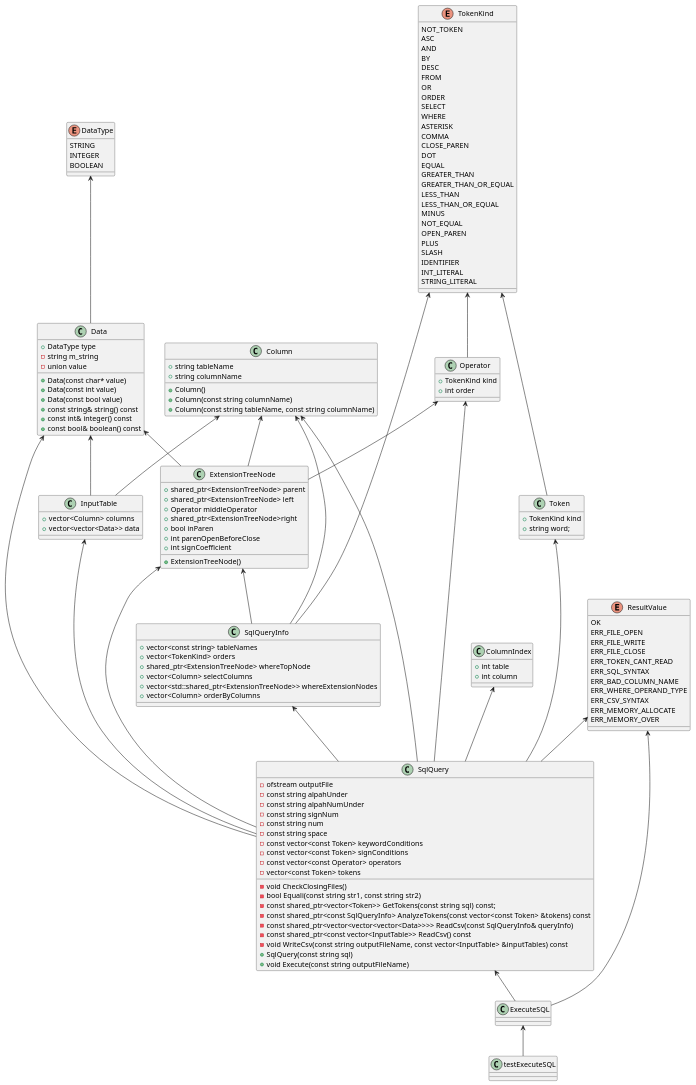
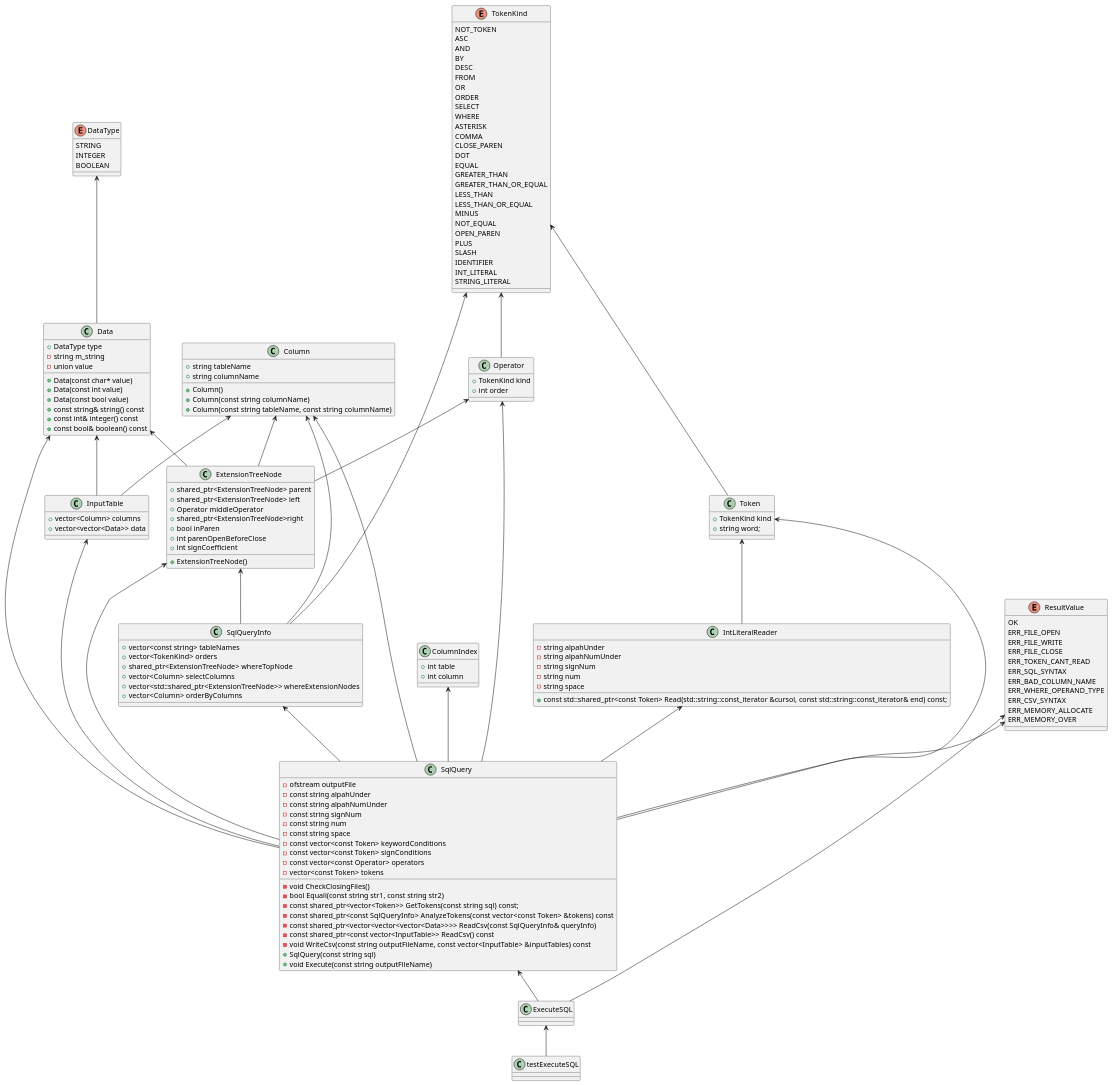
One commit to yotten/TinySQL changed the diagram in ExecuteSQL.pu. Above: the diagram before and after it, drawn with PlantUML. The commit also changed 2 other files, not shown here.

Commit message:
143.IntLiteralReaderクラスの追加
[----------] Global test environment tear-down
[==========] 213 tests from 1 test case ran. (5930 ms total)
[  PASSED  ] 213 tests.

```diff
--- a/ExecuteSQL.pu
+++ b/ExecuteSQL.pu
@@ -1,157 +1,170 @@
 @startuml
 
 class testExecuteSQL {}
 class SqlQueryInfo {
 	+vector<const string> tableNames
 	+vector<TokenKind> orders
 	+shared_ptr<ExtensionTreeNode> whereTopNode
 	+vector<Column> selectColumns
 	+vector<std::shared_ptr<ExtensionTreeNode>> whereExtensionNodes
 	+vector<Column> orderByColumns
 }
 class SqlQuery {
 	-ofstream outputFile
 	-const string alpahUnder
 	-const string alpahNumUnder
 	-const string signNum
 	-const string num
 	-const string space
 	-const vector<const Token> keywordConditions
 	-const vector<const Token> signConditions
 	-const vector<const Operator> operators
 	-vector<const Token> tokens
 	-void CheckClosingFiles()
 	-bool Equali(const string str1, const string str2)
 	-const shared_ptr<vector<Token>> GetTokens(const string sql) const;
 	-const shared_ptr<const SqlQueryInfo> AnalyzeTokens(const vector<const Token> &tokens) const
 	-const shared_ptr<vector<vector<vector<Data>>>> ReadCsv(const SqlQueryInfo& queryInfo)
 	-const shared_ptr<const vector<InputTable>> ReadCsv() const
 	-void WriteCsv(const string outputFileName, const vector<InputTable> &inputTables) const
 	+SqlQuery(const string sql)
 	+void Execute(const string outputFileName)
 }
 class ExecuteSQL {
 	
 }
 
 class InputTable {
 	+vector<Column> columns
 	+vector<vector<Data>> data
 }
 
 class Data {
     +DataType type
 	-string m_string
 	-union value
 	+Data(const char* value)
 	+Data(const int value)
 	+Data(const bool value)
 	+const string& string() const
 	+const int& integer() const
 	+const bool& boolean() const
 }
 class Operator{
     +TokenKind kind
     +int order
 }
 class Token{
     +TokenKind kind
     +string word;
 }
 class ExtensionTreeNode{
 	+shared_ptr<ExtensionTreeNode> parent
 	+shared_ptr<ExtensionTreeNode> left
 	+Operator middleOperator
 	+shared_ptr<ExtensionTreeNode>right
 	+bool inParen
 	+int parenOpenBeforeClose
 	+int signCoefficient
 	+ExtensionTreeNode()
 }
 class ColumnIndex{
     +int table
     +int column
 }
 class Column{
     +string tableName
     +string columnName
     +Column()
     +Column(const string columnName)
     +Column(const string tableName, const string columnName)
 }
+
+class IntLiteralReader {
+	-string alpahUnder
+	-string alpahNumUnder
+	-string signNum
+	-string num
+	-string space
+	+const std::shared_ptr<const Token> Read(std::string::const_iterator &cursol, const std::string::const_iterator& end) const;
+}
+
 enum DataType{
    	STRING
 	INTEGER
 	BOOLEAN
 }
 enum TokenKind{
     NOT_TOKEN
 	ASC
 	AND
 	BY
 	DESC
 	FROM
 	OR
 	ORDER
 	SELECT
 	WHERE
 	ASTERISK
 	COMMA
 	CLOSE_PAREN
 	DOT
 	EQUAL
 	GREATER_THAN
 	GREATER_THAN_OR_EQUAL
 	LESS_THAN
 	LESS_THAN_OR_EQUAL
 	MINUS
 	NOT_EQUAL
 	OPEN_PAREN
 	PLUS
 	SLASH
 	IDENTIFIER
 	INT_LITERAL
 	STRING_LITERAL
 }
 enum ResultValue{
     OK
 	ERR_FILE_OPEN
 	ERR_FILE_WRITE
 	ERR_FILE_CLOSE
 	ERR_TOKEN_CANT_READ
 	ERR_SQL_SYNTAX
 	ERR_BAD_COLUMN_NAME
 	ERR_WHERE_OPERAND_TYPE
 	ERR_CSV_SYNTAX
 	ERR_MEMORY_ALLOCATE
 	ERR_MEMORY_OVER
 }
 
 ExecuteSQL <-- testExecuteSQL
 SqlQuery <-- ExecuteSQL
 ResultValue <-- ExecuteSQL
 
 Data <-- SqlQuery
 Operator <-- SqlQuery
 Token <-- SqlQuery
 ExtensionTreeNode <-- SqlQuery
 ColumnIndex <-- SqlQuery
 Column <-- SqlQuery
 ResultValue <-- SqlQuery
 SqlQueryInfo <-- SqlQuery
 InputTable <-- SqlQuery
+IntLiteralReader <-- SqlQuery
+
+Token <-- IntLiteralReader
 
 Column <-- InputTable
 Data <-- InputTable
 
 Column <-- SqlQueryInfo
 TokenKind <-- SqlQueryInfo
 ExtensionTreeNode <-- SqlQueryInfo
 
 DataType <-- Data
 TokenKind <-- Token
 TokenKind <-- Operator
 Operator <-- ExtensionTreeNode
 Column <-- ExtensionTreeNode
 Data <-- ExtensionTreeNode
 @enduml
```
